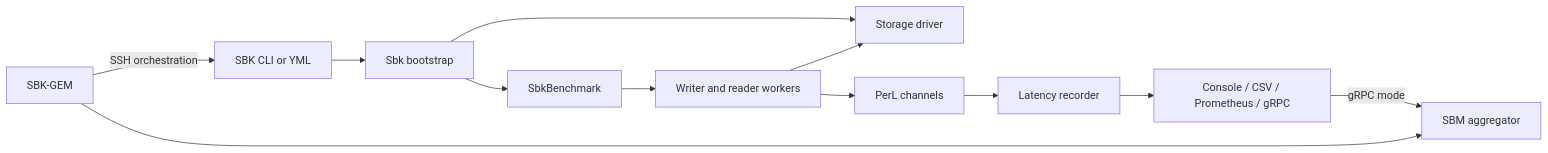
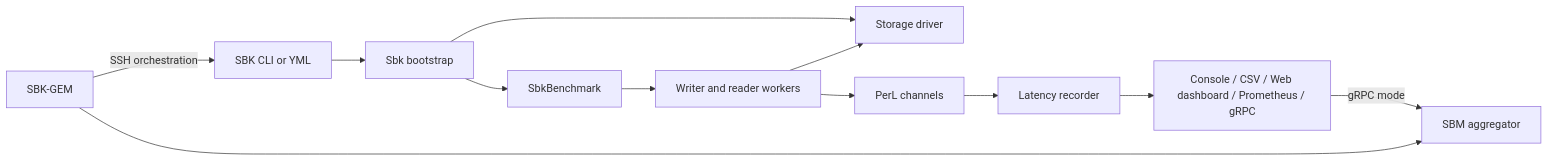
Before and after one commit to kmgowda/SBK: the diagram in README.md, drawn with Mermaid. The commit also changed other lines of this file and 20 other files, not shown here.

Commit message:
Add local live web dashboard

````diff
--- a/README.md
+++ b/README.md
@@ -44,14 +44,14 @@
 ```mermaid
 flowchart LR
     CLI[SBK CLI or YML] --> BOOT[Sbk bootstrap]
     BOOT --> DRIVER[Storage driver]
     BOOT --> BENCH[SbkBenchmark]
     BENCH --> WORKERS[Writer and reader workers]
     WORKERS --> DRIVER
     WORKERS --> CHANNEL[PerL channels]
     CHANNEL --> RECORDER[Latency recorder]
-    RECORDER --> OUTPUT[Console / CSV / Prometheus / gRPC]
+    RECORDER --> OUTPUT[Console / CSV / Web dashboard / Prometheus / gRPC]
     OUTPUT -->|gRPC mode| SBM[SBM aggregator]
     GEM[SBK-GEM] -->|SSH orchestration| CLI
     GEM --> SBM
 ```
````
